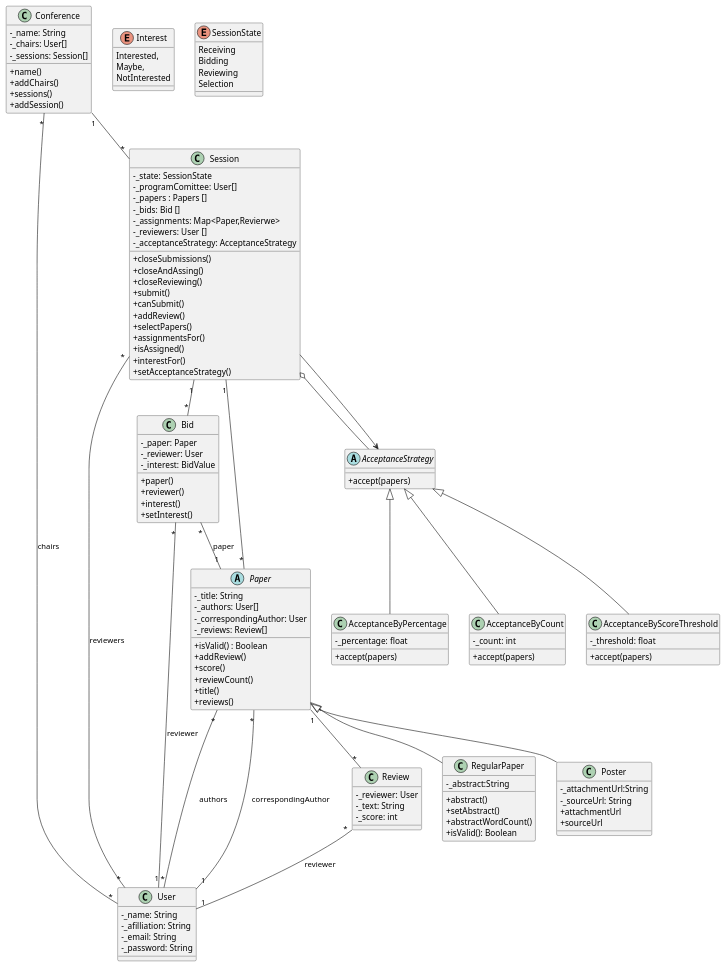
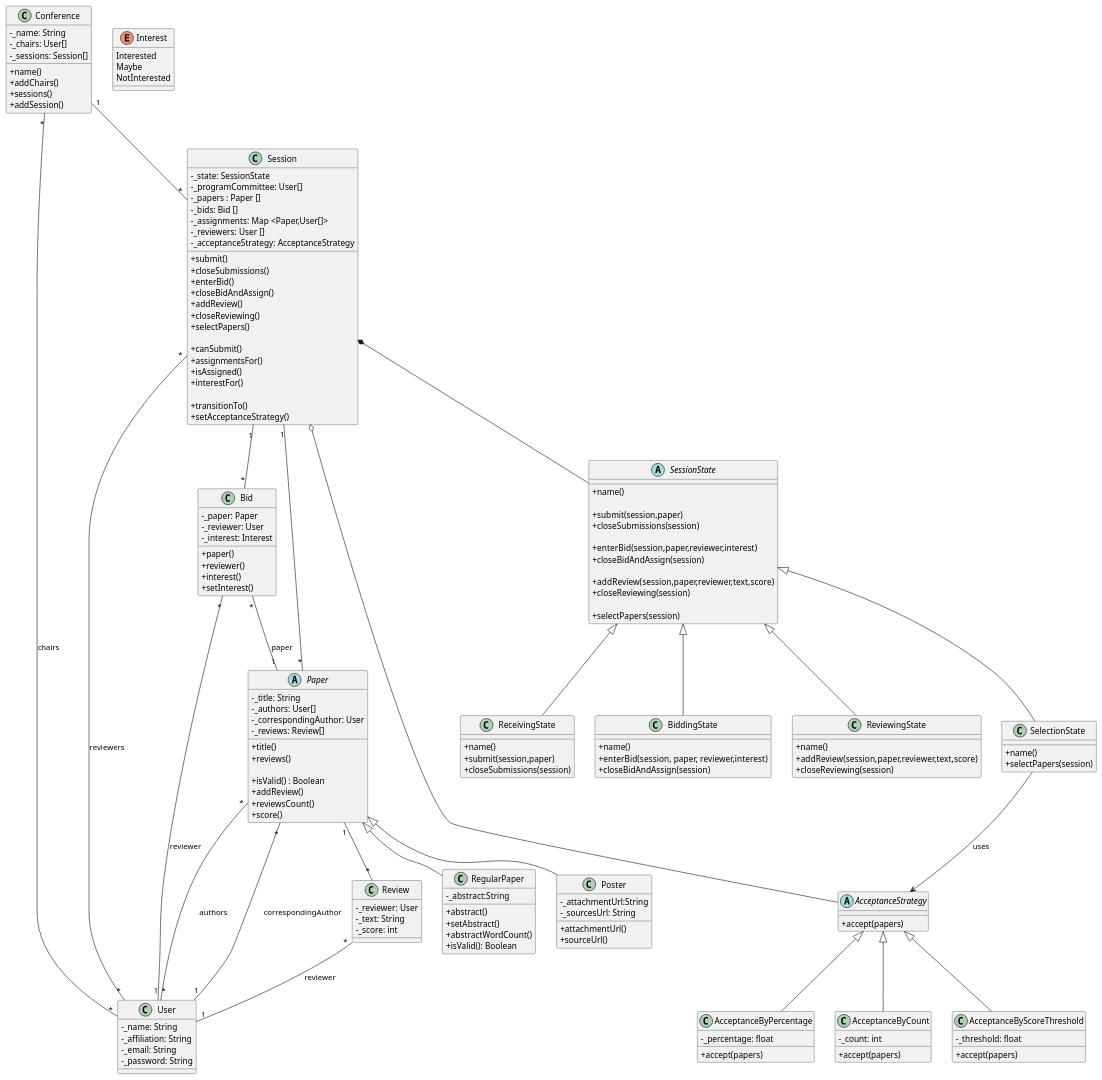
One commit to leandronunezchaco/ComfyChair-Mucci-Nu-ez changed the diagram in diagrams/src.puml. Above: the diagram before and after it, drawn with PlantUML. The commit also changed 3 other files, not shown here.

```diff
--- a/diagrams/src.puml
+++ b/diagrams/src.puml
@@ -4,7 +4,7 @@
 
 class User {
     -_name: String
-    -_afilliation: String
+    -_affiliation: String
     -_email: String
     -_password: String
 }
@@ -21,30 +21,35 @@
 
 class Session{
     -_state: SessionState
-    -_programComittee: User[]
-    -_papers : Papers []
+    -_programCommittee: User[]
+    -_papers : Paper []
     -_bids: Bid []
-    -_assignments: Map<Paper,Revierwe>
+    -_assignments: Map <Paper,User[]>
     -_reviewers: User []
     -_acceptanceStrategy: AcceptanceStrategy
 
+    +submit()
     +closeSubmissions()
-    +closeAndAssing()
+    +enterBid()
+    +closeBidAndAssign()
+    +addReview()
     +closeReviewing()
-    +submit()
+    +selectPapers()
+
     +canSubmit()
-    +addReview()
-    +selectPapers()
-    +assignmentsFor() 
+    +assignmentsFor()
     +isAssigned()
     +interestFor()
+
+    +transitionTo()
     +setAcceptanceStrategy()
 }
 
 class Bid {
     -_paper: Paper
     -_reviewer: User
-    -_interest: BidValue
+    -_interest: Interest
+
     +paper()
     +reviewer()
     +interest()
@@ -56,12 +61,14 @@
     -_authors: User[]
     -_correspondingAuthor: User
     -_reviews: Review[]
+    
+    +title()
+    +reviews()
+
     +isValid() : Boolean
     +addReview()
+    +reviewsCount()
     +score()
-    +reviewCount()
-    +title()
-    +reviews()
 }
 
 class Review{
@@ -73,6 +80,7 @@
 
 class RegularPaper {
     -_abstract:String
+
     +abstract()
     +setAbstract()
     +abstractWordCount()
@@ -81,27 +89,18 @@
 
 class Poster {
     -_attachmentUrl:String
-    -_sourceUrl: String
-    +attachmentUrl
-    +sourceUrl
+    -_sourcesUrl: String
+
+    +attachmentUrl()
+    +sourceUrl()
     
 }
 
-
 enum Interest{
-    Interested,
-    Maybe,
+    Interested
+    Maybe
     NotInterested
 }
-
-enum SessionState{
-    Receiving
-    Bidding
-    Reviewing
-    Selection
-}
-
-
 
 
 
@@ -126,7 +125,8 @@
 Bid "*" -- "1" Paper : paper
 
 
-' Agrego una nueva jerarquia
+'============ STRATEGY PATTERN ============
+
 abstract class AcceptanceStrategy{
     +accept(papers)
 }
@@ -146,10 +146,56 @@
     +accept(papers)
 }
 
-Session --> AcceptanceStrategy
-
 AcceptanceStrategy <|--AcceptanceByPercentage
 AcceptanceStrategy <|--AcceptanceByCount
 AcceptanceStrategy <|--AcceptanceByScoreThreshold
 
+'============ STATE PATTERN ============
+
+abstract class SessionState{
+    +name()
+
+    +submit(session,paper)
+    +closeSubmissions(session)
+
+    +enterBid(session,paper,reviewer,interest)
+    +closeBidAndAssign(session)
+
+    +addReview(session,paper,reviewer,text,score)
+    +closeReviewing(session)
+
+    +selectPapers(session)
+}
+
+class ReceivingState{
+    +name()
+    +submit(session,paper)
+    +closeSubmissions(session)
+}
+class BiddingState{
+    +name()
+    +enterBid(session, paper, reviewer,interest)
+    +closeBidAndAssign(session)
+}
+
+class ReviewingState{
+    +name()
+    +addReview(session,paper,reviewer,text,score)
+    +closeReviewing(session)
+}
+
+class SelectionState{
+    +name()
+    +selectPapers(session)
+}
+
+SessionState <|-- ReceivingState
+SessionState <|-- BiddingState
+SessionState <|-- ReviewingState
+SessionState <|-- SelectionState
+
+Session *-- SessionState
+SelectionState --> AcceptanceStrategy : uses
+
+
 @enduml
```
